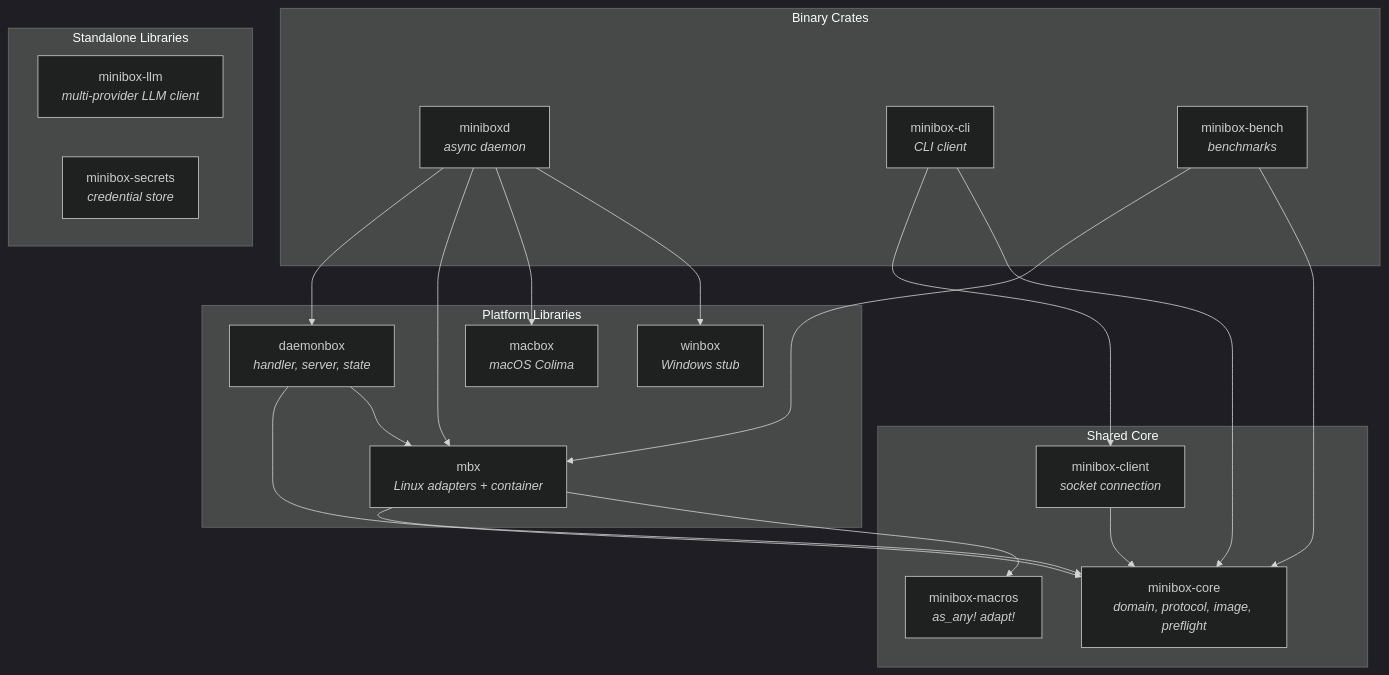
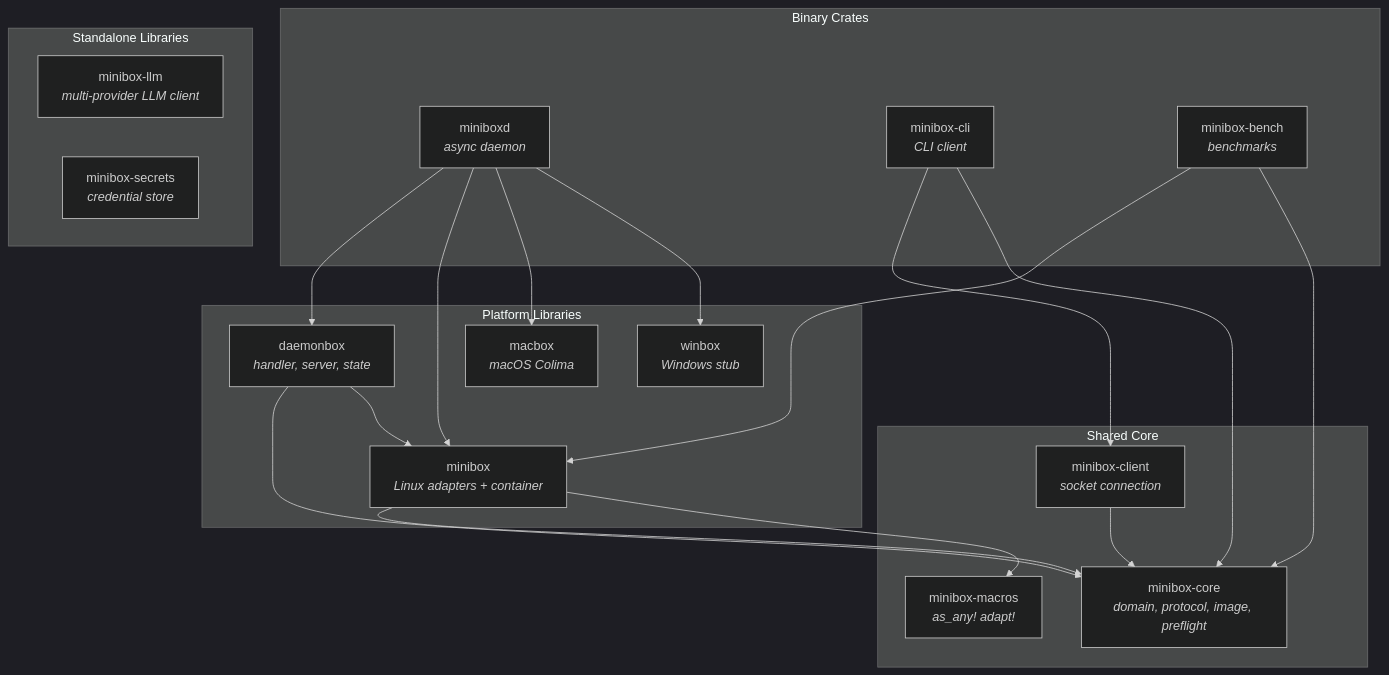
Before and after one commit to 89jobrien/minibox: the first of 18 diagrams in docs/superpowers/specs/2026-03-26-minibox-architecture.md, drawn with Mermaid (dark theme). The commit also changed other lines of this file and 285 other files, not shown here.

First line of the commit message:
refactor(mbx): rename crates/mbx -> crates/minibox, crates/mbxctl -> crates/miniboxctl

````diff
--- a/docs/superpowers/specs/2026-03-26-minibox-architecture.md
+++ b/docs/superpowers/specs/2026-03-26-minibox-architecture.md
@@ -38,40 +38,40 @@
 ```mermaid
 graph TB
     subgraph "Binary Crates"
         miniboxd["miniboxd<br/><i>async daemon</i>"]
         cli["minibox-cli<br/><i>CLI client</i>"]
         bench["minibox-bench<br/><i>benchmarks</i>"]
     end
 
     subgraph "Platform Libraries"
         daemonbox["daemonbox<br/><i>handler, server, state</i>"]
-        mbx["mbx<br/><i>Linux adapters + container</i>"]
+        minibox["minibox<br/><i>Linux adapters + container</i>"]
         macbox["macbox<br/><i>macOS Colima</i>"]
         winbox["winbox<br/><i>Windows stub</i>"]
     end
 
     subgraph "Shared Core"
         core["minibox-core<br/><i>domain, protocol, image, preflight</i>"]
         macros["minibox-macros<br/><i>as_any! adapt!</i>"]
         client["minibox-client<br/><i>socket connection</i>"]
     end
 
     subgraph "Standalone Libraries"
         llm["minibox-llm<br/><i>multi-provider LLM client</i>"]
         secrets["minibox-secrets<br/><i>credential store</i>"]
     end
 
     miniboxd --> daemonbox
-    miniboxd --> mbx
+    miniboxd --> minibox
     miniboxd --> macbox
     miniboxd --> winbox
     cli --> client
     cli --> core
     client --> core
     daemonbox --> core
-    daemonbox --> mbx
-    mbx --> core
-    mbx --> macros
-    bench --> mbx
+    daemonbox --> minibox
+    minibox --> core
+    minibox --> macros
+    bench --> minibox
     bench --> core
 ```
````
